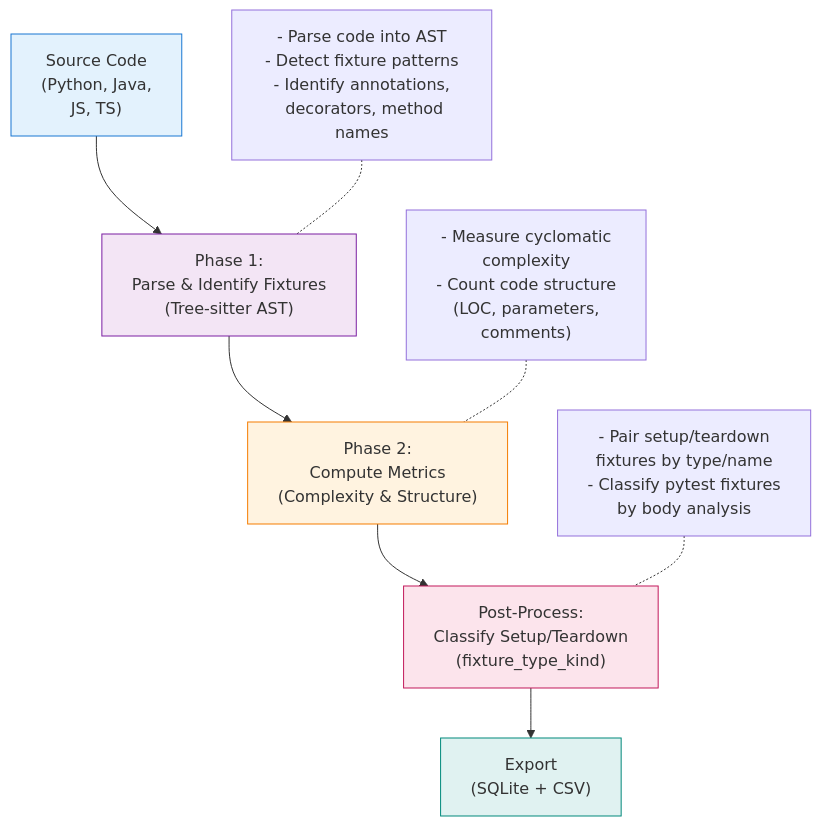
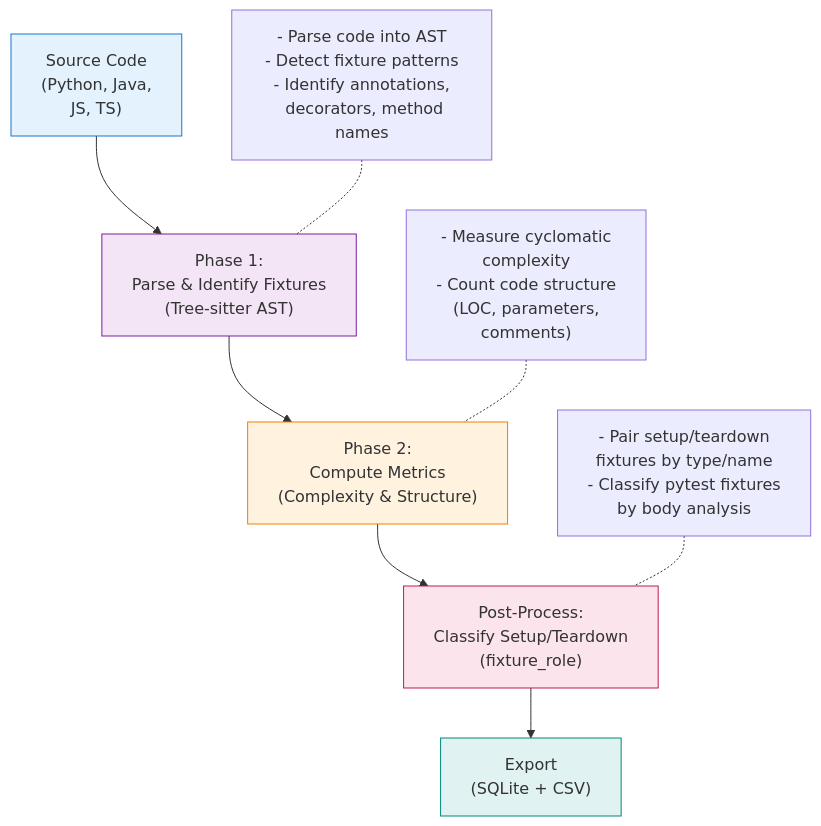
One commit to joaofix/fixturedb changed the diagram in docs/architecture/detection.md. Above: the diagram before and after it, drawn with Mermaid. The commit also changed other lines of this file and 9 other files, not shown here.

Commit message:
Update docs for fixture_type_kind -> fixture_role rename

````diff
--- a/docs/architecture/detection.md
+++ b/docs/architecture/detection.md
@@ -91,16 +91,16 @@
 ```mermaid
 flowchart TB
     A["Source Code<br>(Python, Java,<br>JS, TS)"] --> B["Phase 1:<br>Parse &amp; Identify Fixtures<br>(Tree-sitter AST)"]
     B --> C["Phase 2:<br>Compute Metrics<br>(Complexity &amp; Structure)"]
-    C --> D["Post-Process:<br>Classify Setup/Teardown<br>(fixture_type_kind)"]
+    C --> D["Post-Process:<br>Classify Setup/Teardown<br>(fixture_role)"]
     D --> E["Export<br>(SQLite + CSV)"]
     B1["- Parse code into AST<br>- Detect fixture patterns<br>- Identify annotations,<br>  decorators, method names"] -.- B
     C1["- Measure cyclomatic<br>  complexity<br>- Count code structure<br>  (LOC, parameters,<br>  comments)"] -.- C
     D1["- Pair setup/teardown<br>  fixtures by type/name<br>- Classify pytest fixtures<br>  by body analysis"] -.- D
 
     style A fill:#e3f2fd,stroke:#1976d2
     style B fill:#f3e5f5,stroke:#7b1fa2
     style C fill:#fff3e0,stroke:#f57c00
     style D fill:#fce4ec,stroke:#c2185b
     style E fill:#e0f2f1,stroke:#00897b
 ```
````
